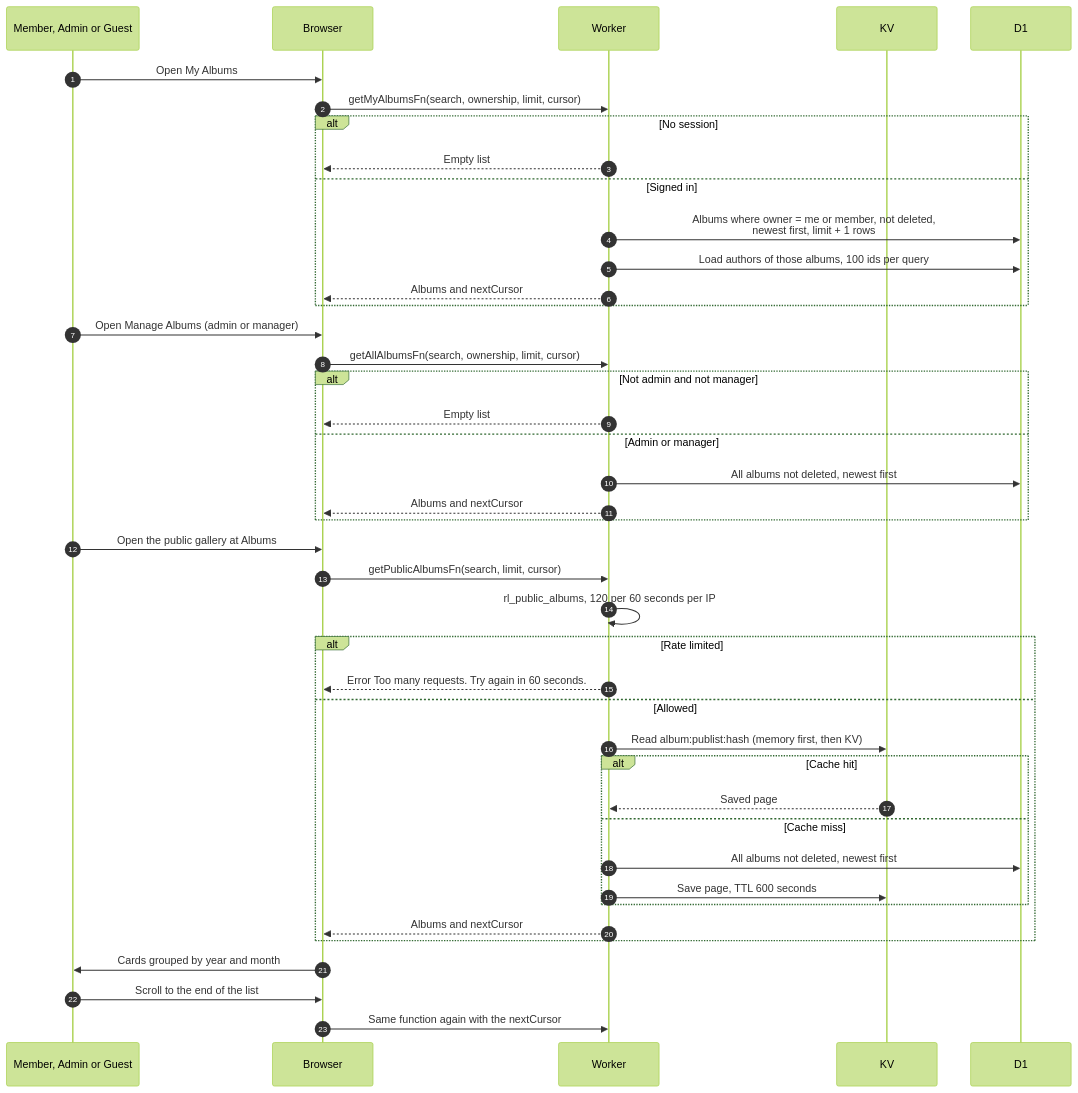
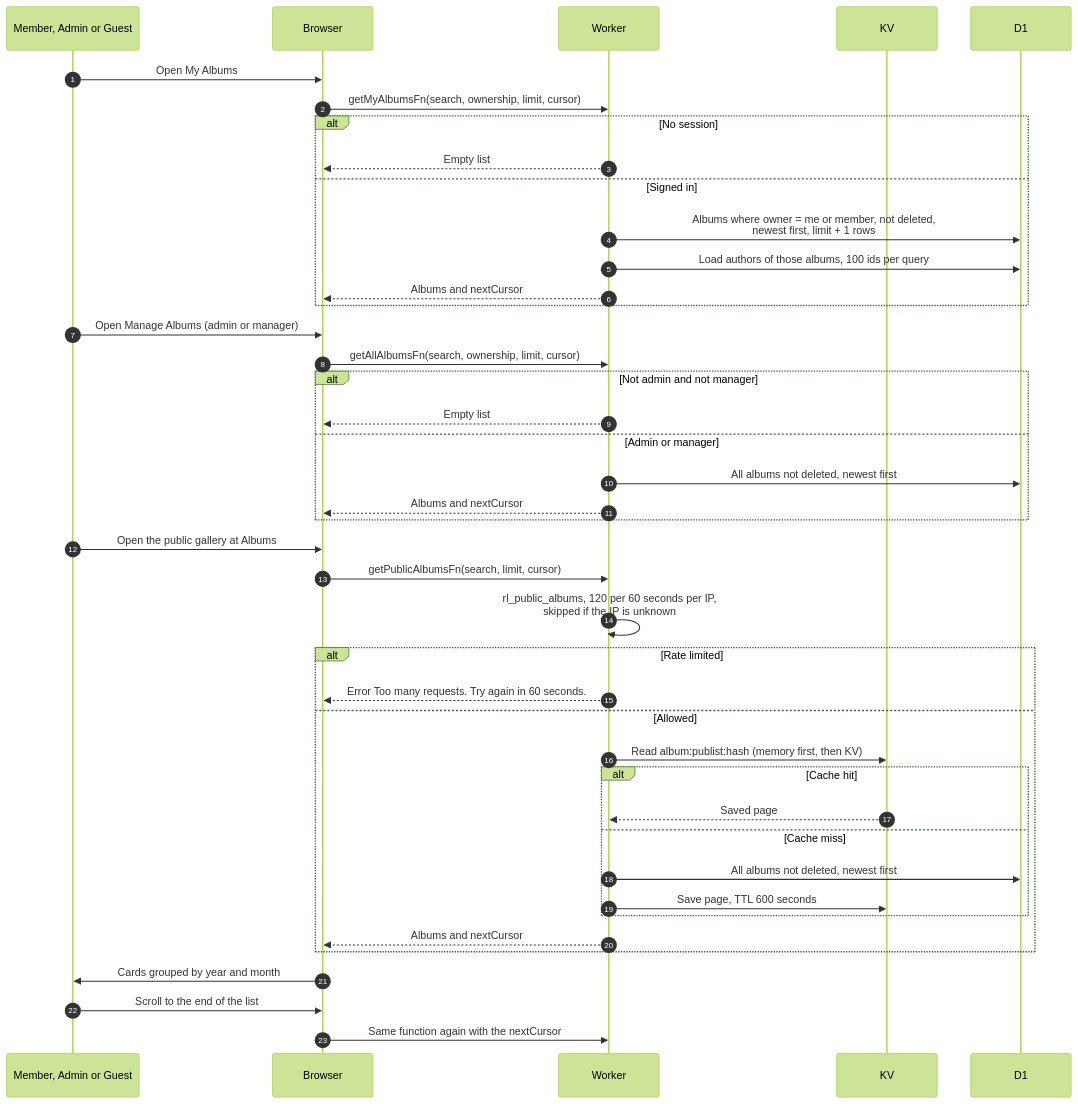
The diagram in docs/scenarios/albums/list-albums.md (sagyzdop/meriksirat), drawn with Mermaid (forest theme) before and after one commit. The commit also changed other lines of this file and 17 other files, not shown here.

Commit message:
docs(scenarios): verify albums diagrams against the code

````diff
--- a/docs/scenarios/albums/list-albums.md
+++ b/docs/scenarios/albums/list-albums.md
@@ -15,44 +17,44 @@
 ```mermaid
 sequenceDiagram
     autonumber
     participant U as Member, Admin or Guest
     participant B as Browser
     participant W as Worker
     participant K as KV
     participant D as D1
     U->>B: Open My Albums
     B->>W: getMyAlbumsFn(search, ownership, limit, cursor)
     alt No session
         W-->>B: Empty list
     else Signed in
         W->>D: Albums where owner = me or member, not deleted,<br/>newest first, limit + 1 rows
         W->>D: Load authors of those albums, 100 ids per query
         W-->>B: Albums and nextCursor
     end
     U->>B: Open Manage Albums (admin or manager)
     B->>W: getAllAlbumsFn(search, ownership, limit, cursor)
     alt Not admin and not manager
         W-->>B: Empty list
     else Admin or manager
         W->>D: All albums not deleted, newest first
         W-->>B: Albums and nextCursor
     end
     U->>B: Open the public gallery at Albums
     B->>W: getPublicAlbumsFn(search, limit, cursor)
-    W->>W: rl_public_albums, 120 per 60 seconds per IP
+    W->>W: rl_public_albums, 120 per 60 seconds per IP,<br/>skipped if the IP is unknown
     alt Rate limited
         W-->>B: Error Too many requests. Try again in 60 seconds.
     else Allowed
         W->>K: Read album:publist:hash (memory first, then KV)
         alt Cache hit
             K-->>W: Saved page
         else Cache miss
             W->>D: All albums not deleted, newest first
             W->>K: Save page, TTL 600 seconds
         end
         W-->>B: Albums and nextCursor
     end
     B->>U: Cards grouped by year and month
     U->>B: Scroll to the end of the list
     B->>W: Same function again with the nextCursor
 ```
````
